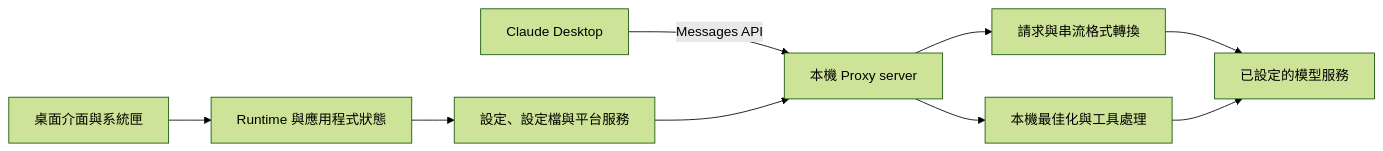
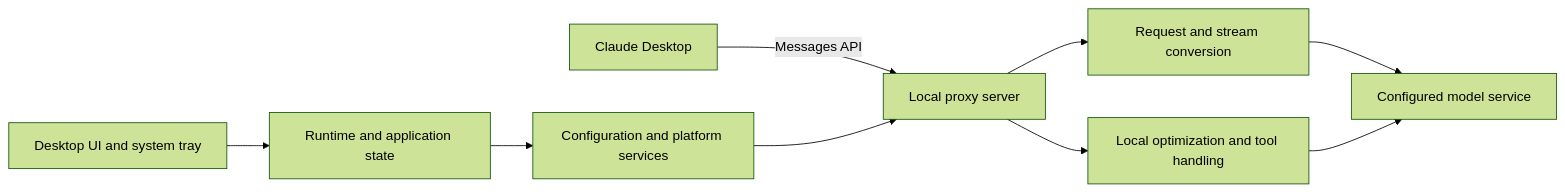
One commit to mushroomTW/FreeClaudeDesktop changed the first of 2 diagrams in ARCHITECTURE.md. Above: the diagram before and after it, drawn with Mermaid (forest theme). The commit also changed other lines of this file and 1 other file, not shown here.

````diff
--- a/ARCHITECTURE.md
+++ b/ARCHITECTURE.md
@@ -9,11 +9,11 @@
 ```mermaid
 flowchart LR
-    CD[Claude Desktop] -->|Messages API| Proxy[本機 Proxy server]
-    GUI[桌面介面與系統匣] --> Runtime[Runtime 與應用程式狀態]
-    Runtime --> Config[設定、設定檔與平台服務]
-    Proxy --> Convert[請求與串流格式轉換]
-    Proxy --> Optimize[本機最佳化與工具處理]
-    Convert --> Upstream[已設定的模型服務]
+    CD[Claude Desktop] -->|Messages API| Proxy[Local proxy server]
+    GUI[Desktop UI and system tray] --> Runtime[Runtime and application state]
+    Runtime --> Config[Configuration and platform services]
+    Proxy --> Convert[Request and stream conversion]
+    Proxy --> Optimize[Local optimization and tool handling]
+    Convert --> Upstream[Configured model service]
     Optimize --> Upstream
     Config --> Proxy
 ```
````
